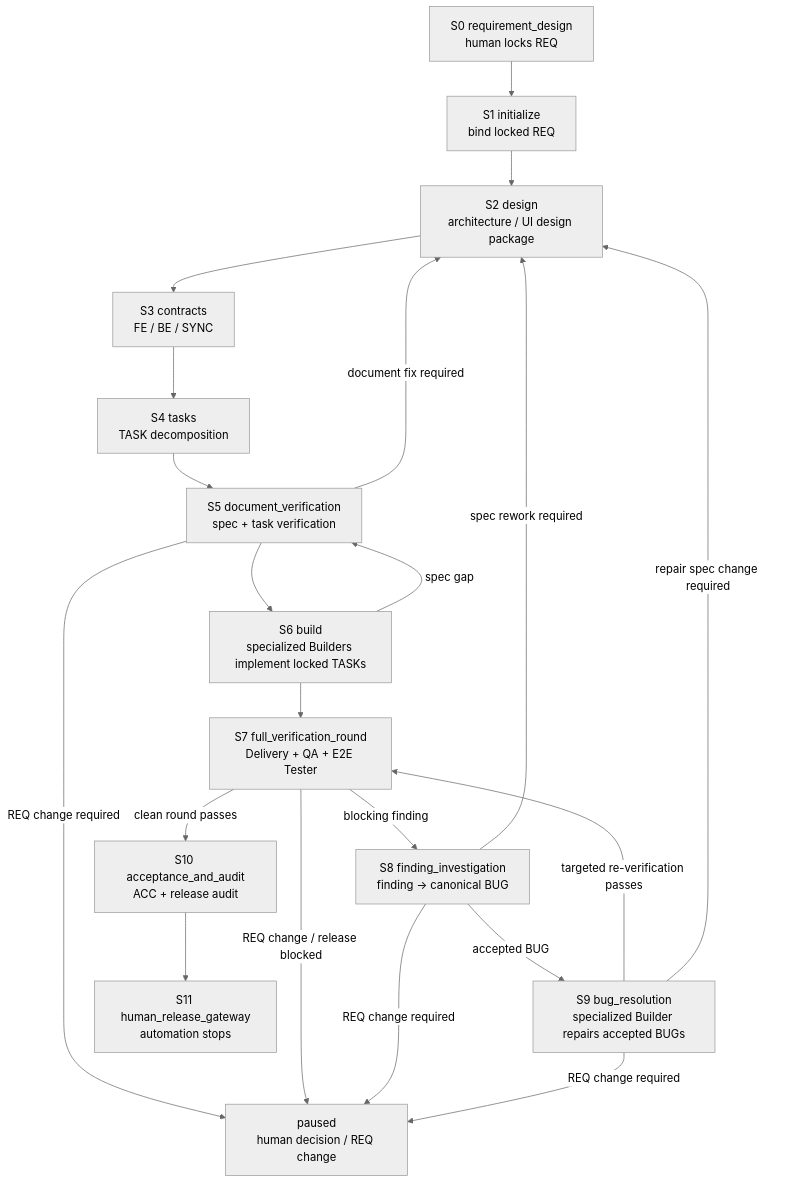
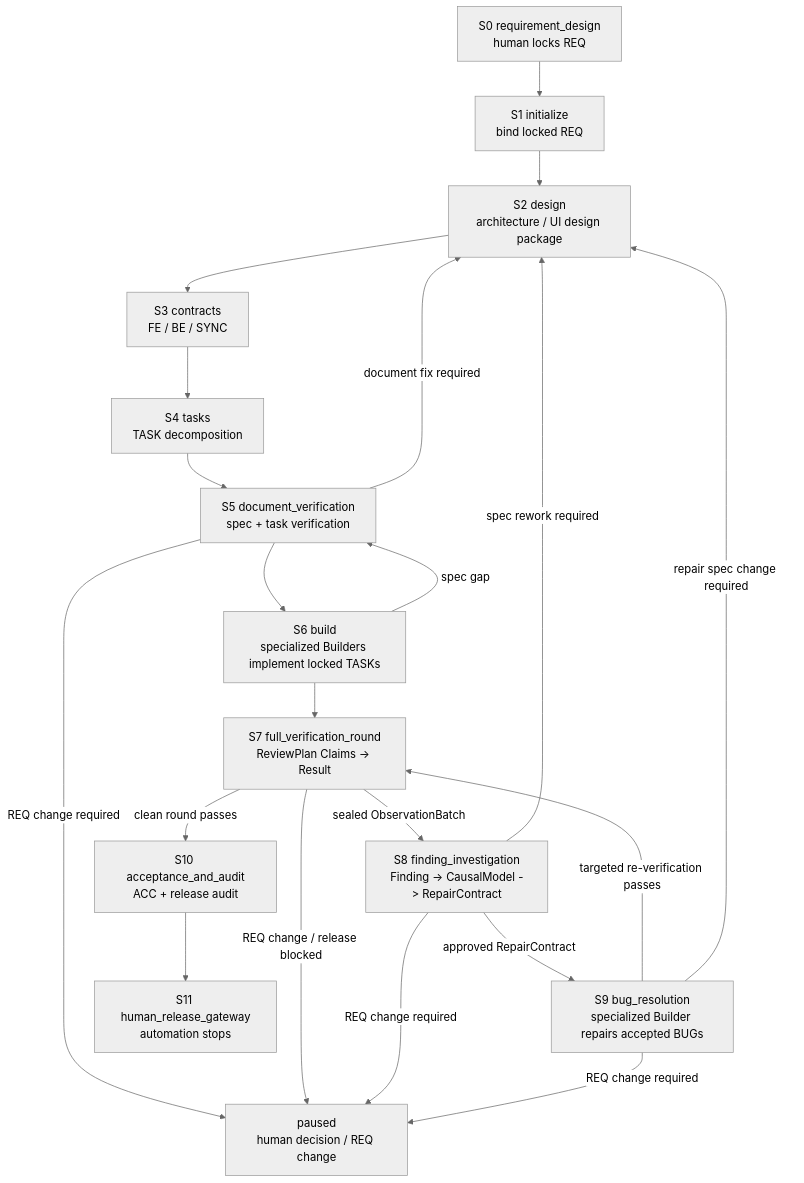
The first of 2 diagrams in docs/agent-protocol.md (Sebs-Lee/go-system-builder), drawn with Mermaid (neutral theme) before and after one commit. The commit also changed other lines of this file and 43 other files, not shown here.

````diff
--- a/docs/agent-protocol.md
+++ b/docs/agent-protocol.md
@@ -104,30 +112,30 @@
 ```mermaid
 flowchart TD
     S0["S0 requirement_design<br/>human locks REQ"]
     S1["S1 initialize<br/>bind locked REQ"]
     S2["S2 design<br/>architecture / UI design package"]
     S3["S3 contracts<br/>FE / BE / SYNC"]
     S4["S4 tasks<br/>TASK decomposition"]
     S5["S5 document_verification<br/>spec + task verification"]
     S6["S6 build<br/>specialized Builders implement locked TASKs"]
-    S7["S7 full_verification_round<br/>Delivery + QA + E2E Tester"]
-    S8["S8 finding_investigation<br/>finding -> canonical BUG"]
+    S7["S7 full_verification_round<br/>ReviewPlan Claims -> Result"]
+    S8["S8 finding_investigation<br/>Finding -> CausalModel -> RepairContract"]
     S9["S9 bug_resolution<br/>specialized Builder repairs accepted BUGs"]
     S10["S10 acceptance_and_audit<br/>ACC + release audit"]
     S11["S11 human_release_gateway<br/>automation stops"]
     PAUSE["paused<br/>human decision / REQ change"]
 
     S0 --> S1 --> S2 --> S3 --> S4 --> S5 --> S6 --> S7
     S7 -->|"clean round passes"| S10 --> S11
-    S7 -->|"blocking finding"| S8 -->|"accepted BUG"| S9 -->|"targeted re-verification passes"| S7
+    S7 -->|"sealed ObservationBatch"| S8 -->|"approved RepairContract"| S9 -->|"targeted re-verification passes"| S7
 
     S5 -->|"document fix required"| S2
     S6 -->|"spec gap"| S5
     S8 -->|"spec rework required"| S2
     S9 -->|"repair spec change required"| S2
 
     S5 -->|"REQ change required"| PAUSE
     S7 -->|"REQ change / release blocked"| PAUSE
     S8 -->|"REQ change required"| PAUSE
     S9 -->|"REQ change required"| PAUSE
 ```
````
